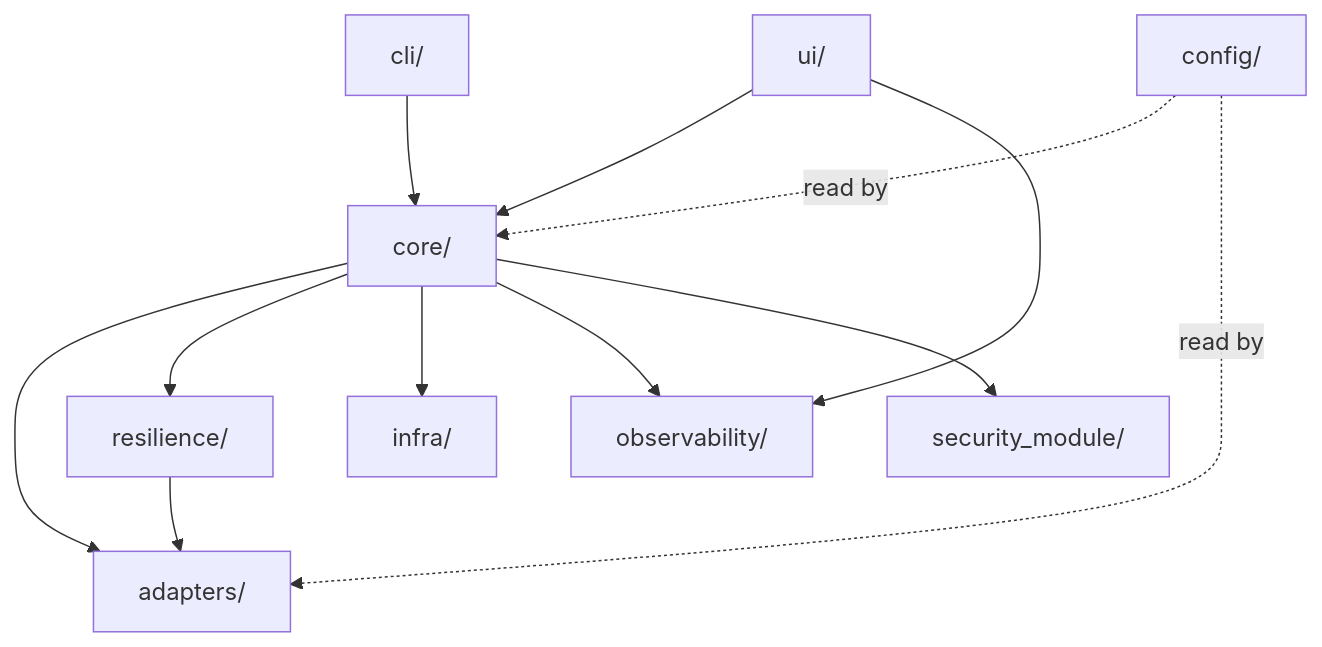
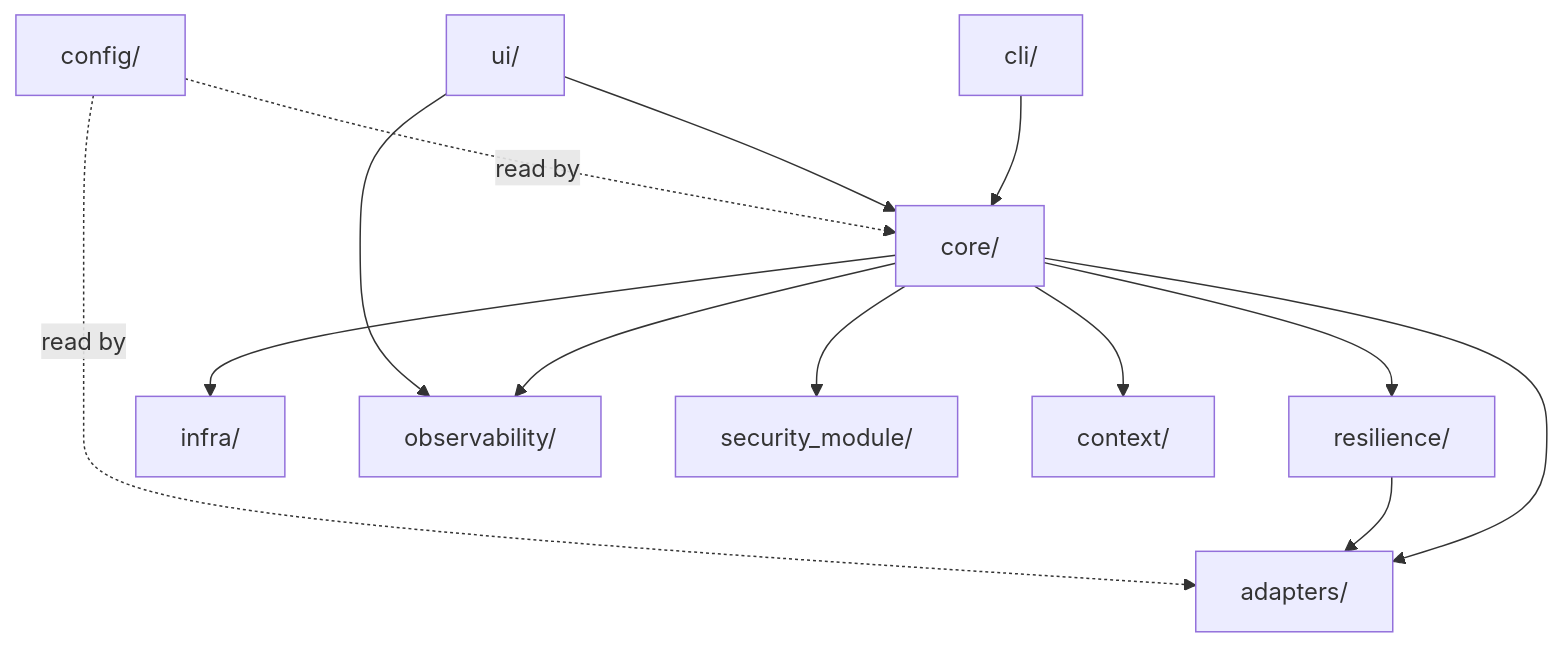
One commit to KhaiTrang1995/AI-Agents-Orchestrator changed the third of 8 diagrams in ORCHESTRATOR.md. Above: the diagram before and after it, drawn with Mermaid. The commit also changed other lines of this file and 5 other files, not shown here.

````diff
--- a/ORCHESTRATOR.md
+++ b/ORCHESTRATOR.md
@@ -109,17 +110,18 @@
 ```mermaid
 graph TD
     CORE[core/] --> ADAPTERS[adapters/]
     CORE --> RESILIENCE[resilience/]
     CORE --> INFRA[infra/]
     CORE --> OBSERVABILITY[observability/]
 
     CLI[cli/] --> CORE
     UI[ui/] --> CORE
     UI --> OBSERVABILITY
 
     RESILIENCE --> ADAPTERS
     CORE --> SECURITY[security_module/]
+    CORE --> CONTEXT[context/]
 
     CONFIG[config/] -.->|read by| CORE
     CONFIG -.->|read by| ADAPTERS
 ```
````
